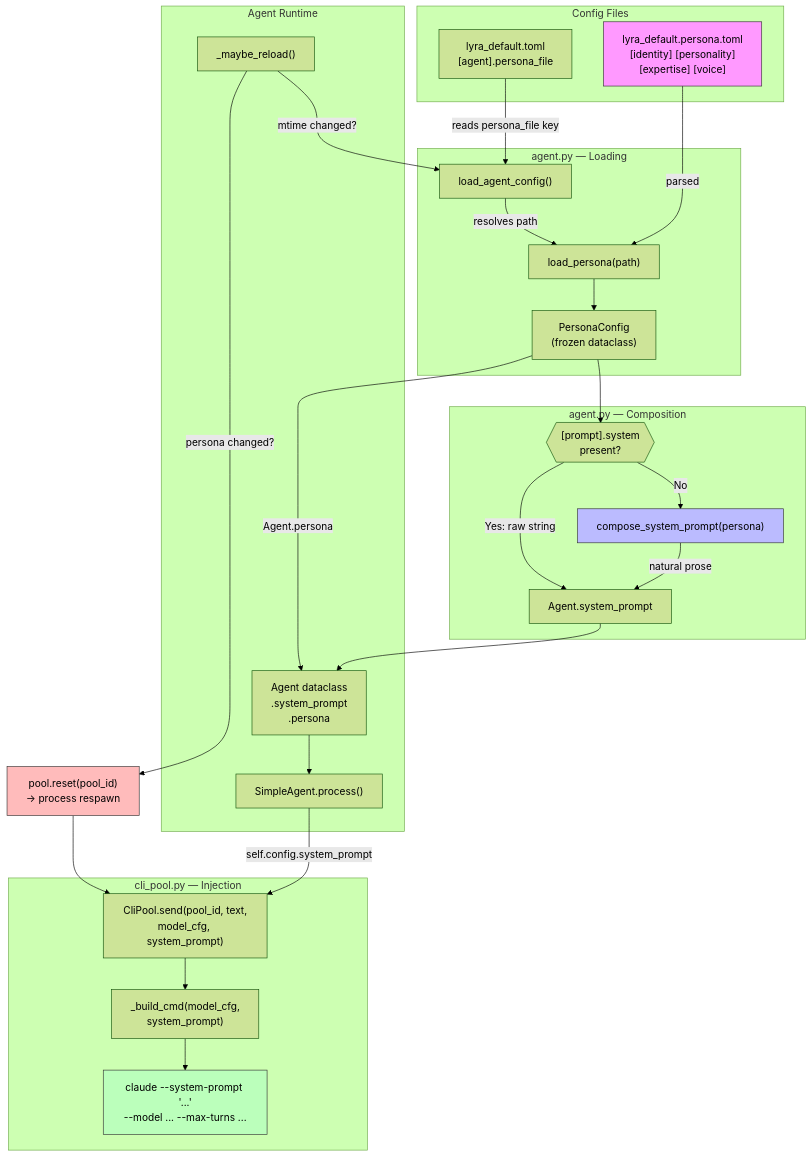
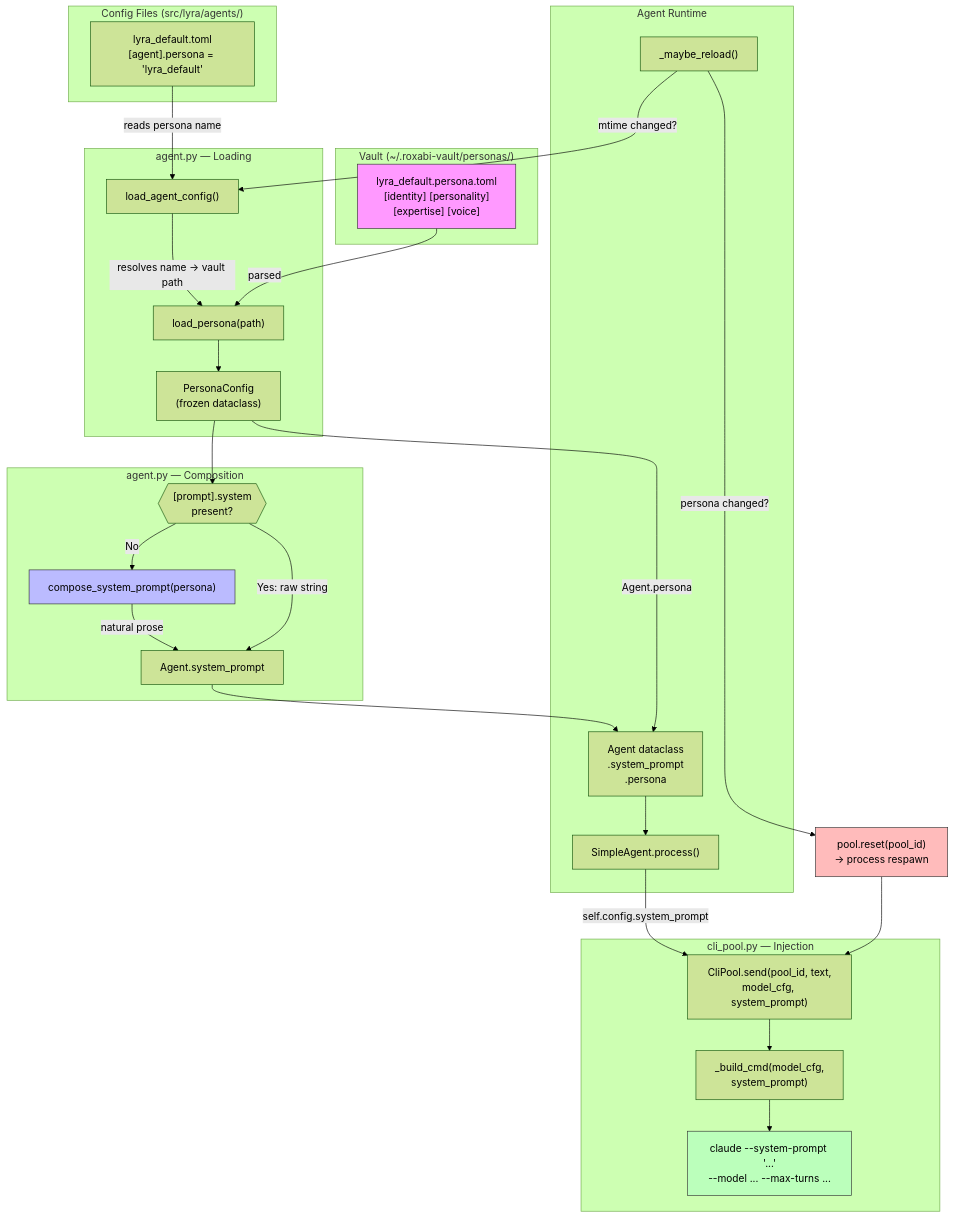
One commit to Roxabi/lyra changed the first of 2 diagrams in artifacts/plans/75-agent-persona-plan.mdx. Above: the diagram before and after it, drawn with Mermaid (forest theme). The commit also changed other lines of this file and 6 other files, not shown here.

````diff
--- a/artifacts/plans/75-agent-persona-plan.mdx
+++ b/artifacts/plans/75-agent-persona-plan.mdx
@@ -16,58 +16,61 @@
 ```mermaid
 flowchart TD
-    subgraph "Config Files"
-        TOML["lyra_default.toml\n[agent].persona_file"]
+    subgraph "Config Files (src/lyra/agents/)"
+        TOML["lyra_default.toml\n[agent].persona = 'lyra_default'"]
+    end
+
+    subgraph "Vault (~/.roxabi-vault/personas/)"
         PERSONA["lyra_default.persona.toml\n[identity] [personality]\n[expertise] [voice]"]
     end
 
     subgraph "agent.py — Loading"
         LAC["load_agent_config()"]
         LP["load_persona(path)"]
         PC["PersonaConfig\n(frozen dataclass)"]
     end
 
     subgraph "agent.py — Composition"
         CSP["compose_system_prompt(persona)"]
         OVERRIDE{{"[prompt].system\npresent?"}}
         SP["Agent.system_prompt"]
     end
 
     subgraph "Agent Runtime"
         AGENT["Agent dataclass\n.system_prompt\n.persona"]
         SA["SimpleAgent.process()"]
         MR["_maybe_reload()"]
     end
 
     subgraph "cli_pool.py — Injection"
         SEND["CliPool.send(pool_id, text,\nmodel_cfg, system_prompt)"]
         BUILD["_build_cmd(model_cfg,\nsystem_prompt)"]
         CLI["claude --system-prompt '...'\n--model ... --max-turns ..."]
     end
 
-    TOML -->|"reads persona_file key"| LAC
-    LAC -->|"resolves path"| LP
+    TOML -->|"reads persona name"| LAC
+    LAC -->|"resolves name → vault path"| LP
     PERSONA -->|"parsed"| LP
     LP --> PC
 
     PC --> OVERRIDE
     OVERRIDE -->|"No"| CSP
     CSP -->|"natural prose"| SP
     OVERRIDE -->|"Yes: raw string"| SP
 
     SP --> AGENT
     PC -->|"Agent.persona"| AGENT
 
     AGENT --> SA
     SA -->|"self.config.system_prompt"| SEND
     SEND --> BUILD
     BUILD --> CLI
 
     MR -->|"mtime changed?"| LAC
     MR -->|"persona changed?"| RESET["pool.reset(pool_id)\n→ process respawn"]
     RESET --> SEND
 
     style PERSONA fill:#f9f,stroke:#333
     style CSP fill:#bbf,stroke:#333
     style CLI fill:#bfb,stroke:#333
     style RESET fill:#fbb,stroke:#333
 ```
````
